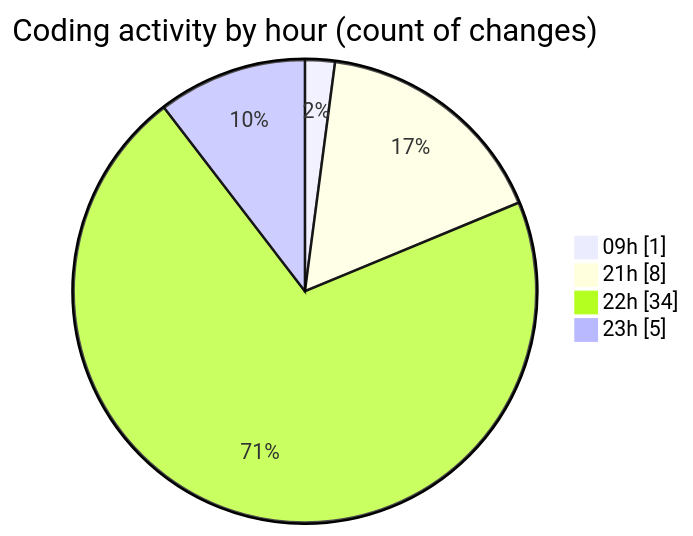
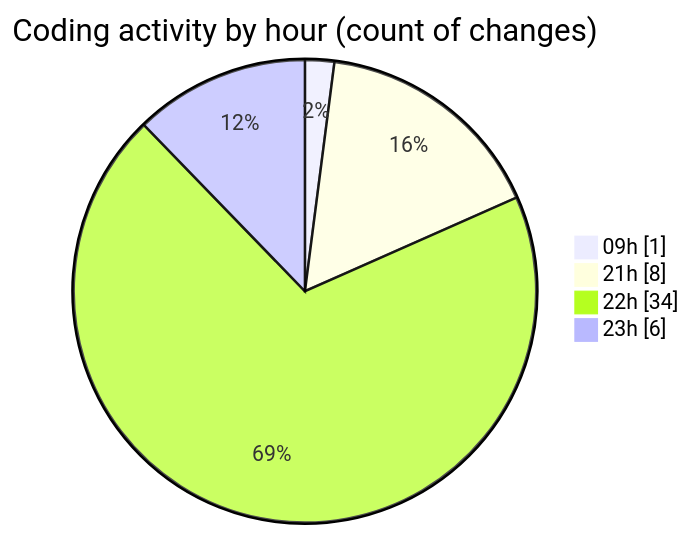
Before and after one commit to MatusMokan/code-tracking: the second of 2 diagrams in 2025-02-19/myws__workspace_/README.md, drawn with Mermaid. The commit also changed other lines of this file and 1 other file, not shown here.

````diff
--- a/2025-02-19/myws__workspace_/README.md
+++ b/2025-02-19/myws__workspace_/README.md
@@ -35,8 +35,8 @@
 ```mermaid
 pie showData
 title Coding activity by hour (count of changes)
 "09h" : 1
 "21h" : 8
 "22h" : 34
-"23h" : 5
+"23h" : 6
 ```
````
